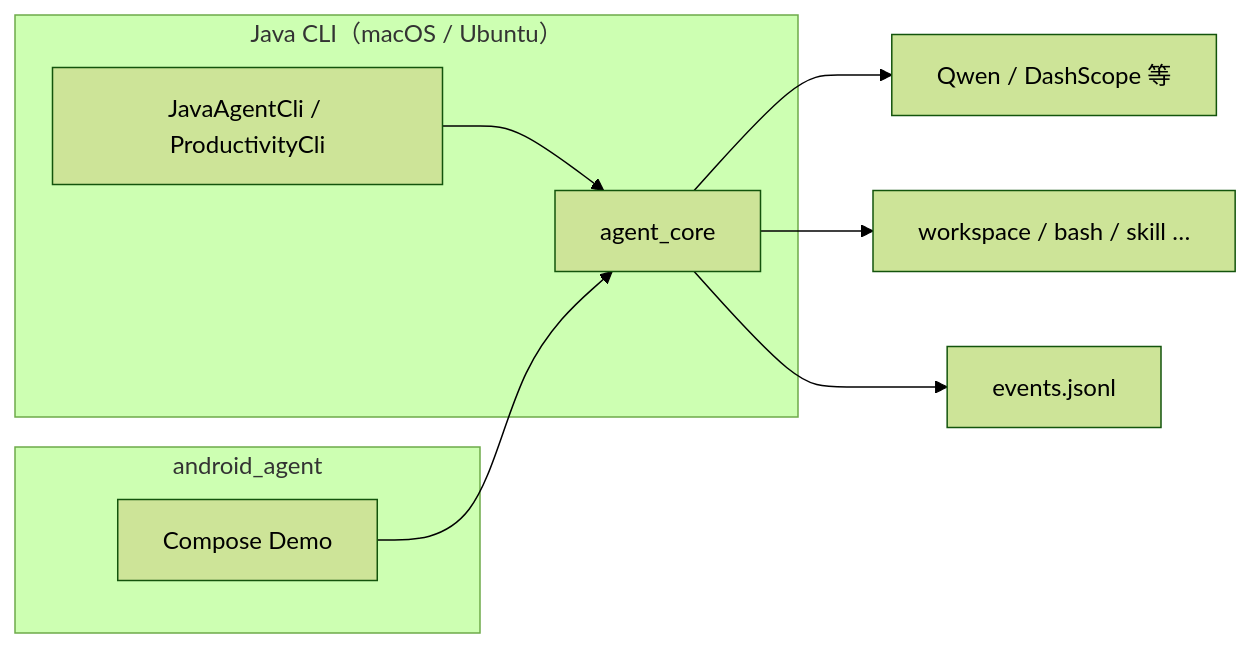
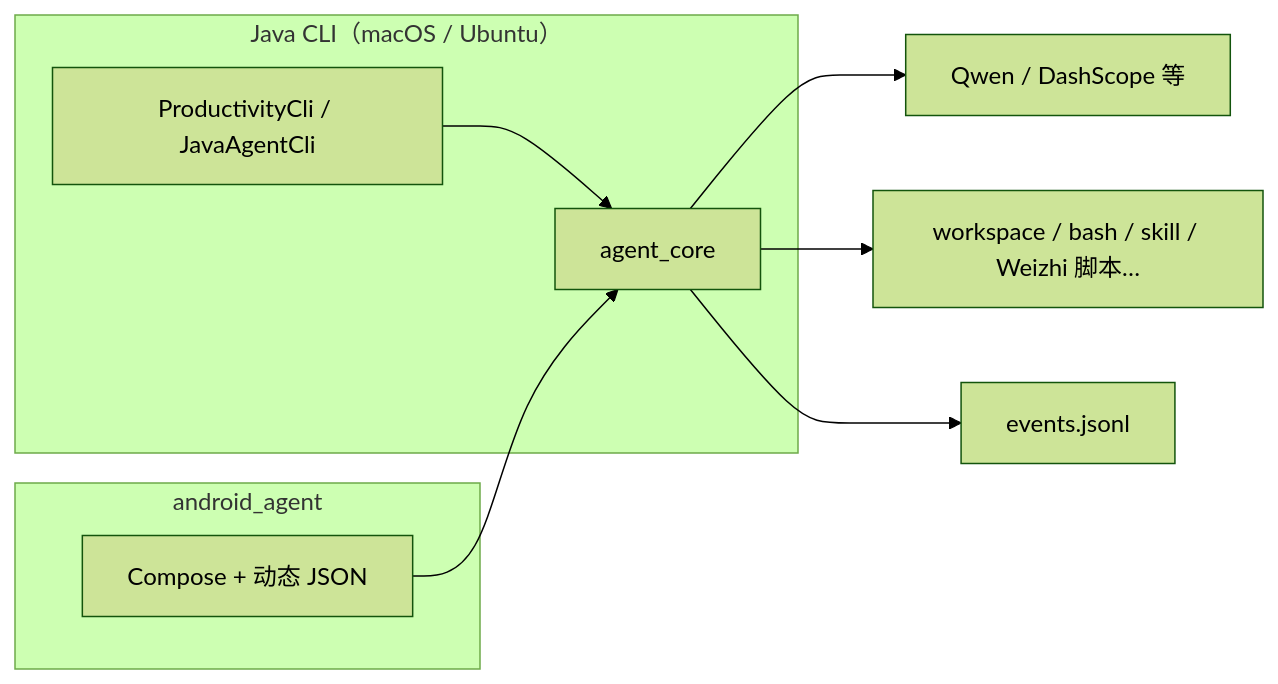
The diagram in README.md (fengshihao/agent1), drawn with Mermaid (forest theme) before and after one commit. The commit also changed other lines of this file and 6 other files, not shown here.

````diff
--- a/README.md
+++ b/README.md
@@ -100,16 +133,14 @@
 ```mermaid
 flowchart LR
   subgraph Desktop["Java CLI（macOS / Ubuntu）"]
-    CLI[JavaAgentCli / ProductivityCli]
+    CLI[ProductivityCli / JavaAgentCli]
     CLI --> Core[agent_core]
   end
-
   subgraph Mobile["android_agent"]
-    App[Compose Demo]
+    App[Compose + 动态 JSON]
     App --> Core
   end
-
   Core --> LLM[Qwen / DashScope 等]
-  Core --> Tools[workspace / bash / skill …]
+  Core --> Tools[workspace / bash / skill / Weizhi 脚本…]
   Core --> Events[events.jsonl]
 ```
````
